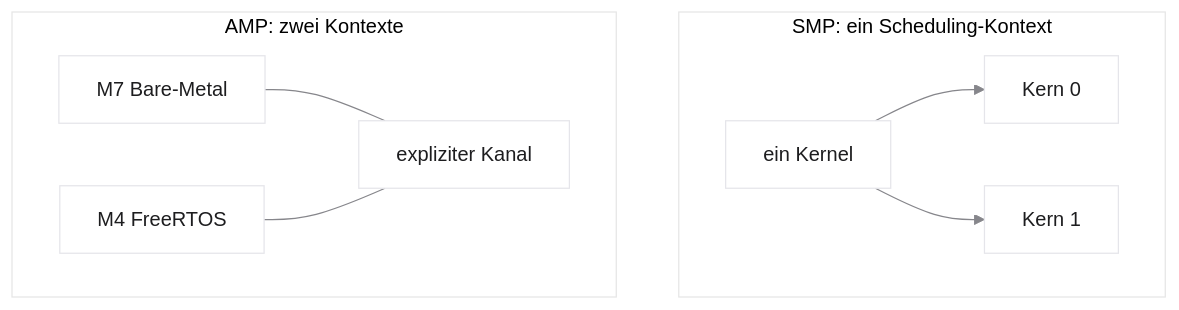
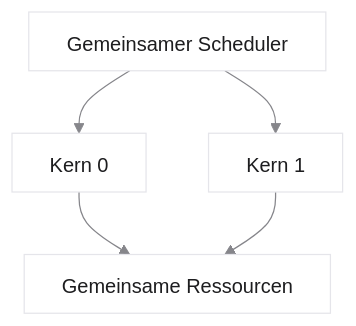
One commit to dantschi/echtzeitsysteme changed the first of 6 diagrams in vorlesungen/06_multicore-echtzeit.qmd. Above: the diagram before and after it, drawn with Mermaid. The commit also changed other lines of this file and 8 other files, not shown here.

````diff
--- a/vorlesungen/06_multicore-echtzeit.qmd
+++ b/vorlesungen/06_multicore-echtzeit.qmd
@@ -102,16 +107,9 @@
 ```{mermaid}
-%%| fig-width: 6.4
-%%{init: {'theme': 'base', 'themeVariables': {'background': '#FFFFFF', 'primaryColor': '#FFFFFF', 'primaryBorderColor': '#E5E5EA', 'primaryTextColor': '#1D1D1F', 'lineColor': '#86868B'}}}%%
-flowchart TB
-  subgraph SMP["SMP: ein Scheduling-Kontext"]
-    K[ein Kernel]
-    K --> C0[Kern 0]
-    K --> C1[Kern 1]
-  end
-  subgraph AMP["AMP: zwei Kontexte"]
-    A7[M7 Bare-Metal]
-    A4[M4 FreeRTOS]
-    A7 --- CH[expliziter Kanal]
-    A4 --- CH
-  end
+%%| fig-width: 5.4
+%%{init: {'theme': 'base', 'htmlLabels': false, 'flowchart': {'htmlLabels': false}, 'themeVariables': {'background': '#FFFFFF', 'primaryColor': '#FFFFFF', 'primaryBorderColor': '#E5E5EA', 'primaryTextColor': '#1D1D1F', 'lineColor': '#86868B'}}}%%
+flowchart TD
+  S[Gemeinsamer Scheduler] --> C0[Kern 0]
+  S --> C1[Kern 1]
+  C0 --> R[Gemeinsame Ressourcen]
+  C1 --> R
 ```
````
